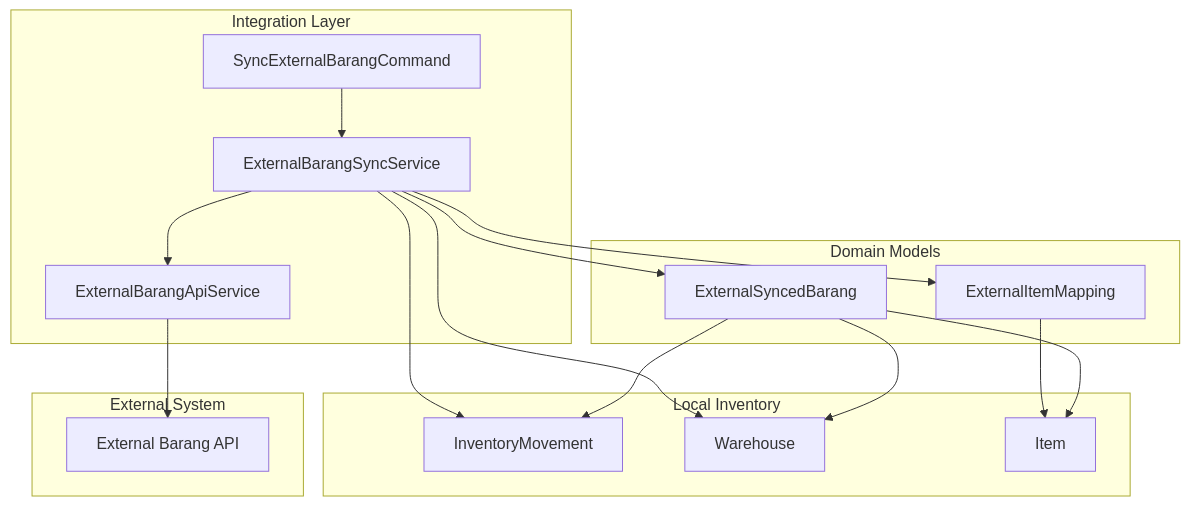
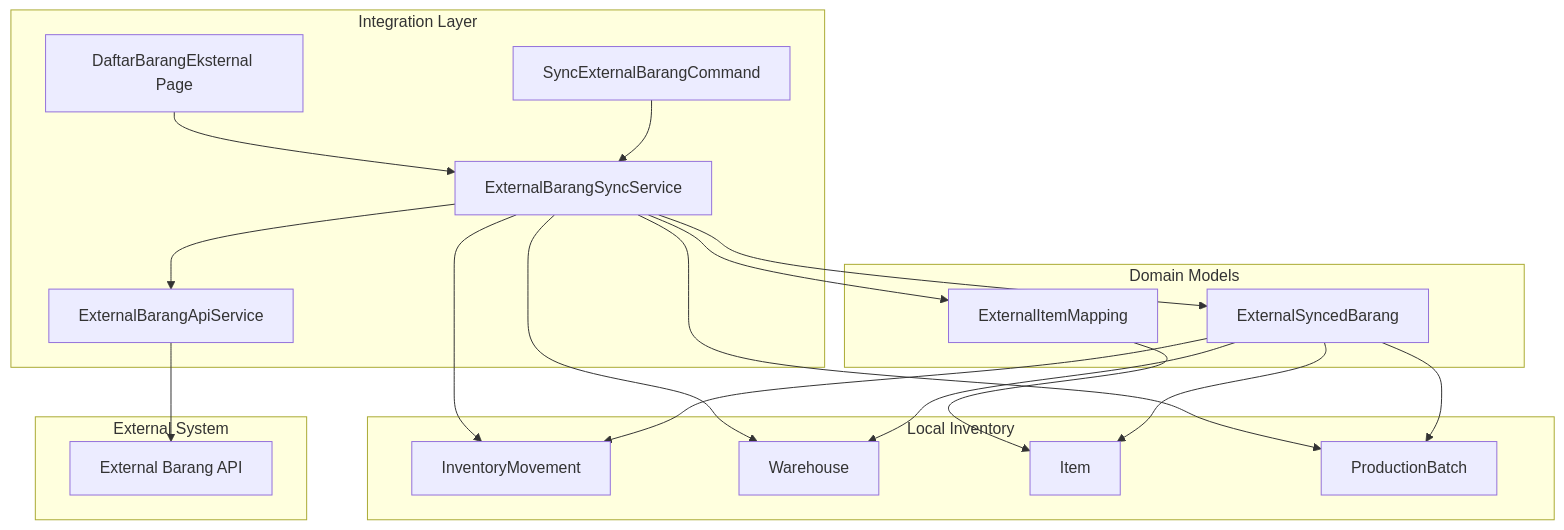
Before and after one commit to Dikksap/laravel_RsvHelmet: the first of 5 diagrams in .qoder/repowiki/en/content/Core Modules/External System Integration.md, drawn with Mermaid. The commit also changed other lines of this file and 52 other files, not shown here.

````diff
--- a/.qoder/repowiki/en/content/Core Modules/External System Integration.md
+++ b/.qoder/repowiki/en/content/Core Modules/External System Integration.md
@@ -43,31 +58,36 @@
 ```mermaid
 graph TB
 subgraph "Integration Layer"
 Api["ExternalBarangApiService"]
 Sync["ExternalBarangSyncService"]
 Cmd["SyncExternalBarangCommand"]
+UI["DaftarBarangEksternal Page"]
 end
 subgraph "Domain Models"
 Mapping["ExternalItemMapping"]
 Synced["ExternalSyncedBarang"]
 end
 subgraph "Local Inventory"
 Movement["InventoryMovement"]
 Warehouse["Warehouse"]
 Item["Item"]
+Batch["ProductionBatch"]
 end
 subgraph "External System"
 ExtApi["External Barang API"]
 end
+UI --> Sync
 Cmd --> Sync
 Sync --> Api
 Sync --> Mapping
 Sync --> Synced
 Sync --> Movement
 Sync --> Warehouse
+Sync --> Batch
 Api --> ExtApi
 Mapping --> Item
 Synced --> Item
 Synced --> Warehouse
 Synced --> Movement
+Synced --> Batch
 ```
````
